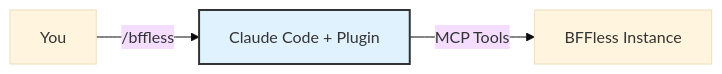
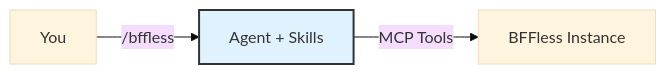
The diagram in docs/features/claude-code-plugin.md (bffless/docs), drawn with Mermaid (base theme) before and after one commit. The commit also changed other lines of this file, not shown here.

````diff
--- a/docs/features/claude-code-plugin.md
+++ b/docs/features/claude-code-plugin.md
@@ -11,7 +13,7 @@
 ```mermaid
 flowchart LR
-    A[You] -->|"/bffless"| B[Claude Code + Plugin]
+    A[You] -->|"/bffless"| B[Agent + Skills]
     B -->|MCP Tools| C[BFFless Instance]
 
     style B fill:#e0f2fe,stroke:#333,stroke-width:2px
 ```
````
